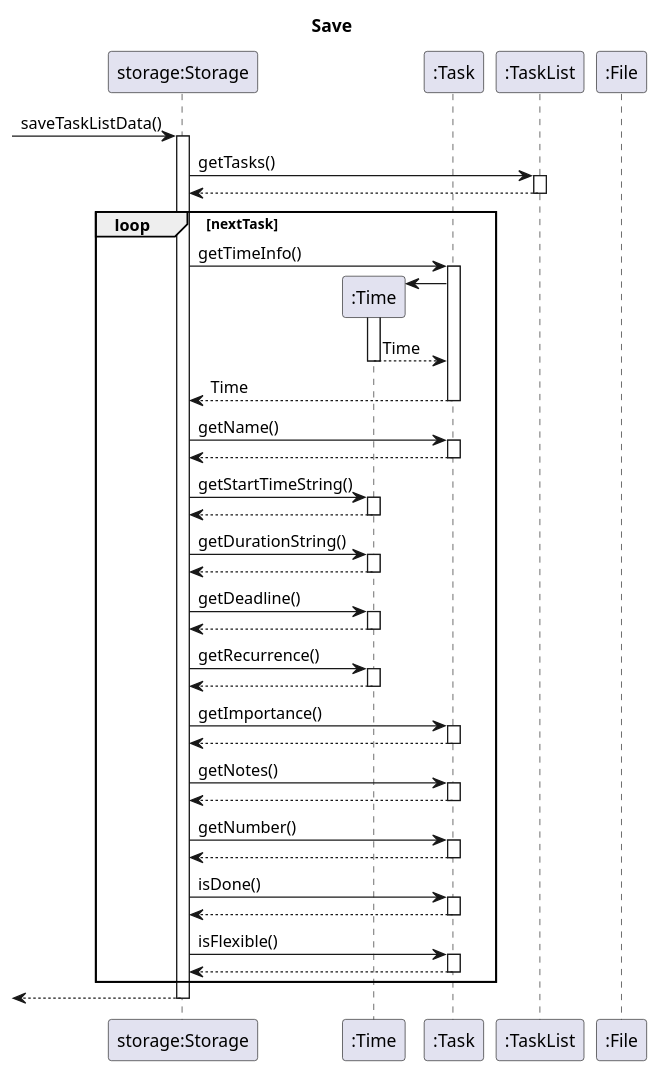
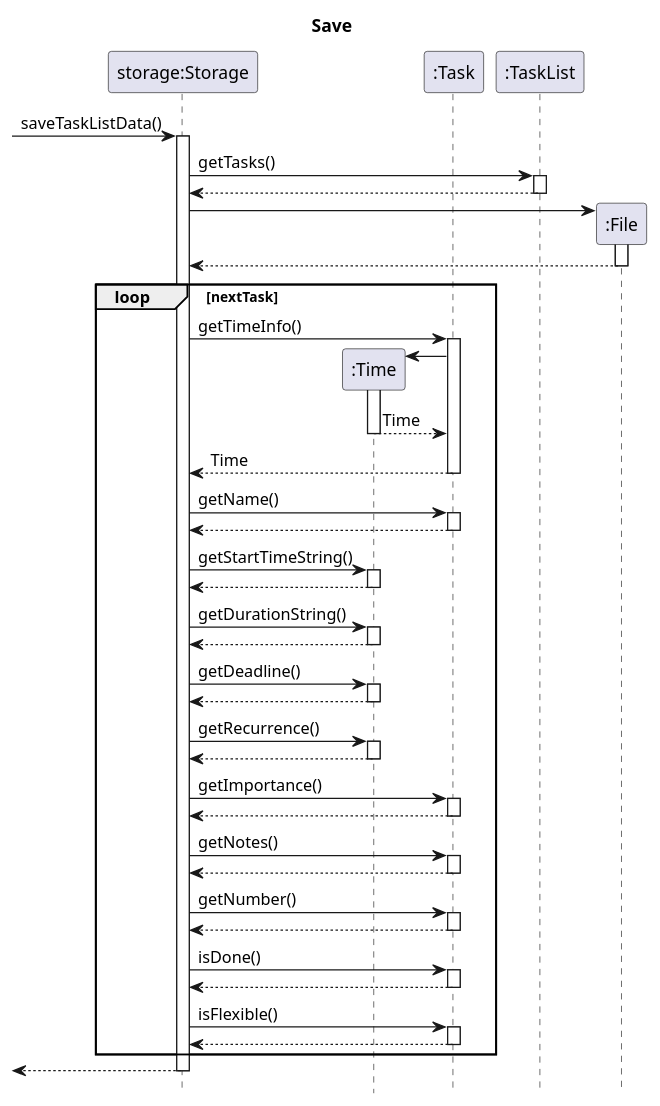
The diagram in docs/sequenceDiagrams/saveStorage.puml (wish2023/tp), drawn with PlantUML before and after one commit. The commit also changed 7 other files, not shown here.

```diff
--- a/docs/sequenceDiagrams/saveStorage.puml
+++ b/docs/sequenceDiagrams/saveStorage.puml
@@ -1,40 +1,44 @@
 @startuml
 title Save
+hide footbox
 participant "storage:Storage" as Storage
 participant ":Time" as Time
 participant ":Task" as Task
 participant ":TaskList" as TaskList
 participant ":File" as File
 
 ->Storage++: saveTaskListData()
 Storage->TaskList++: getTasks()
+return
+Storage->File**
+activate File
 return
 loop nextTask
 Storage->Task++: getTimeInfo()
 Task->Time**
 activate Time
 return Time
 return Time
 Storage->Task++: getName()
 return
 Storage->Time++:getStartTimeString()
 return
 Storage->Time++: getDurationString()
 return
 Storage->Time++:getDeadline()
 return
 Storage->Time++:getRecurrence()
 return
 Storage->Task++: getImportance()
 return
 Storage->Task++: getNotes()
 return
 Storage->Task++: getNumber()
 return
 Storage->Task++: isDone()
 return
 Storage->Task++: isFlexible()
 return
 end
 <--Storage--
 @enduml
```
